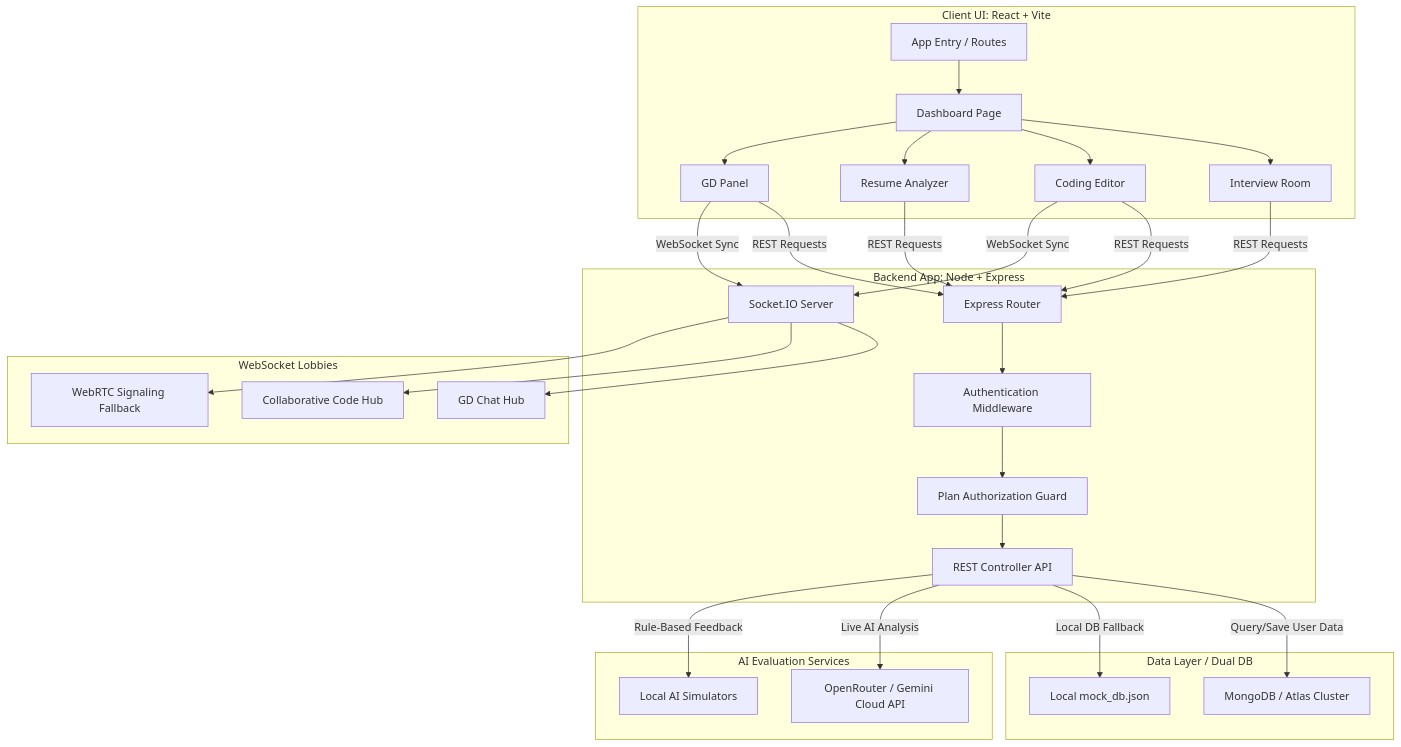
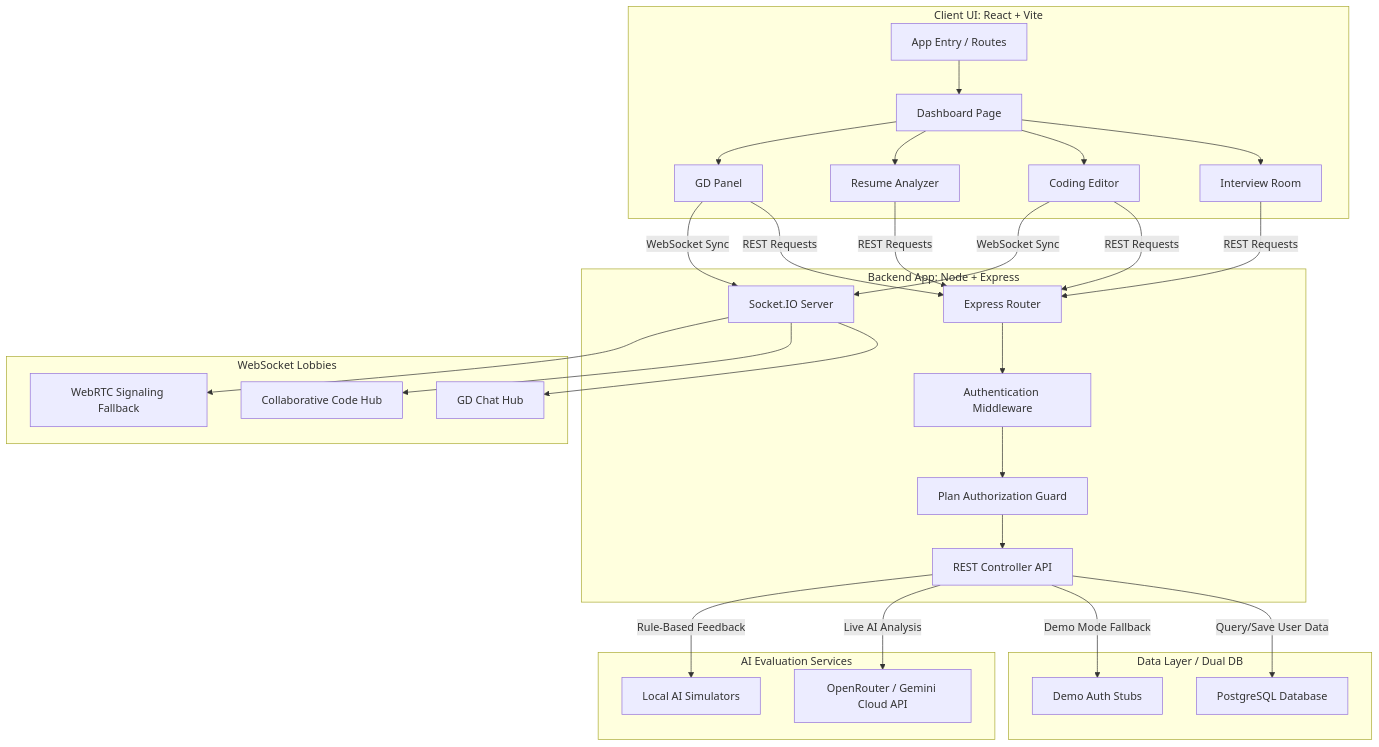
Before and after one commit to yashgalande39-cell/AI-Interview: the first of 3 diagrams in docs/architecture_diagram.md, drawn with Mermaid. The commit also changed 44 other files, not shown here.

Commit message:
feat: harden security, resolve correctness bugs, optimize frontend & complete schema-link migration

````diff
--- a/docs/architecture_diagram.md
+++ b/docs/architecture_diagram.md
@@ -12,50 +12,50 @@
 ```mermaid
 graph TB
     subgraph Client [Client UI: React + Vite]
         A[App Entry / Routes]
         B[Dashboard Page]
         C[Interview Room]
         D[Coding Editor]
         E[Resume Analyzer]
         F[GD Panel]
         
         A --> B
         B --> C & D & E & F
     end
 
     subgraph Server [Backend App: Node + Express]
         G[Express Router]
         H[Authentication Middleware]
         I[Plan Authorization Guard]
         J[REST Controller API]
         K[Socket.IO Server]
         
         G --> H --> I --> J
     end
 
     subgraph RealTime [WebSocket Lobbies]
         L[GD Chat Hub]
         M[Collaborative Code Hub]
         N[WebRTC Signaling Fallback]
         
         K --> L & M & N
     end
 
     subgraph Data [Data Layer / Dual DB]
-        O[MongoDB / Atlas Cluster]
-        P[Local mock_db.json]
+        O[PostgreSQL Database]
+        P[Demo Auth Stubs]
     end
 
     subgraph AI [AI Evaluation Services]
         Q[OpenRouter / Gemini Cloud API]
         R[Local AI Simulators]
     end
 
     %% Connections
     C & D & E & F -->|REST Requests| G
     F & D -->|WebSocket Sync| K
     J -->|Query/Save User Data| O
-    J -->|Local DB Fallback| P
+    J -->|Demo Mode Fallback| P
     J -->|Live AI Analysis| Q
     J -->|Rule-Based Feedback| R
 ```
````
